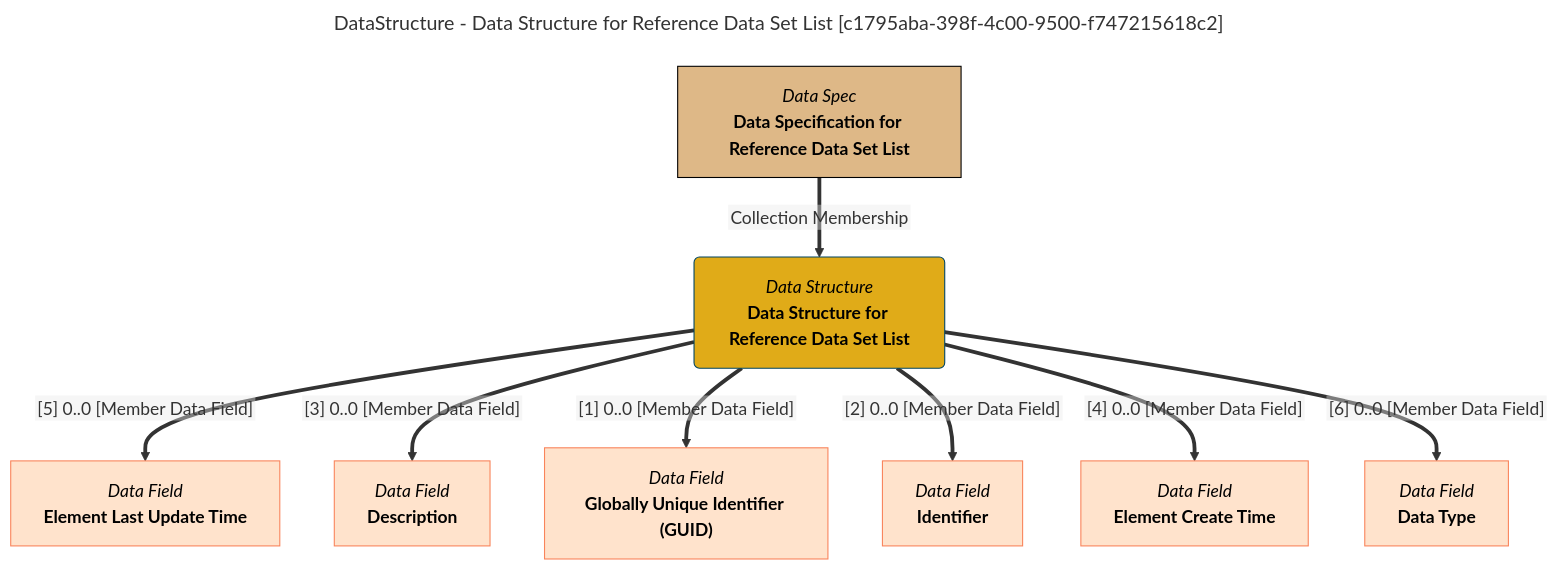
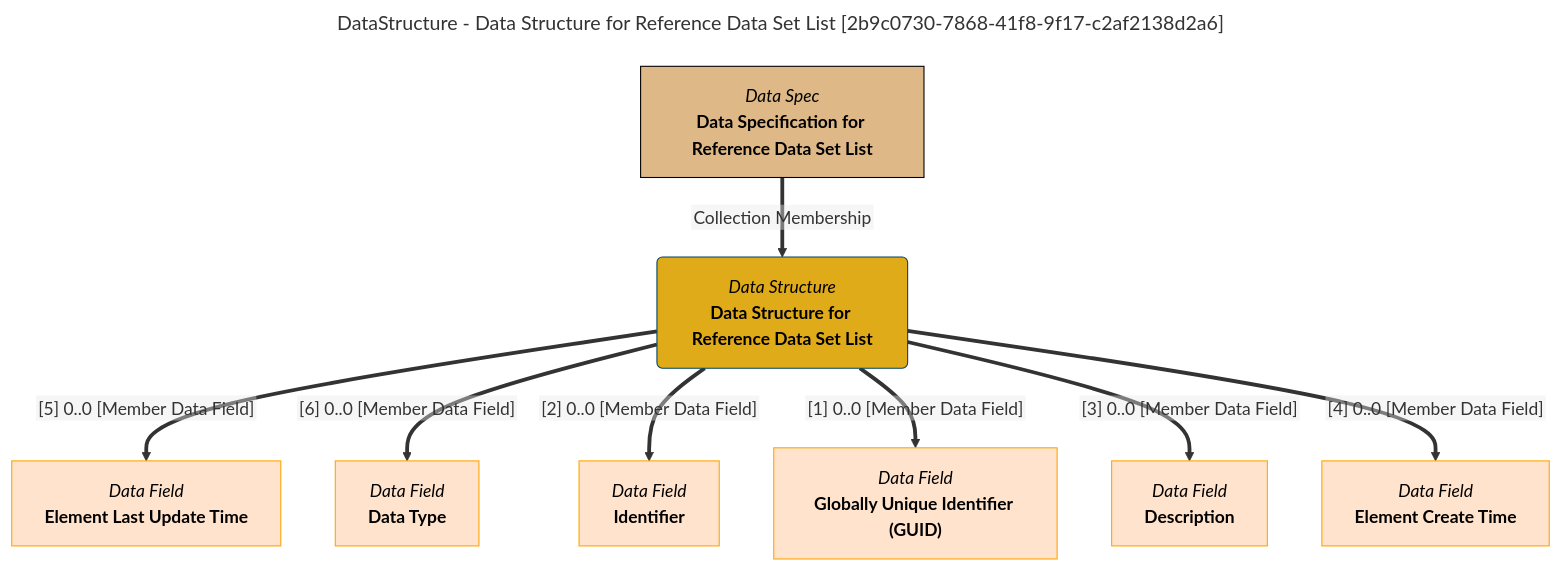
Before and after one commit to odpi/egeria-docs: the diagram in site/snippets/data-structures/data-structure-for-reference-data-set-list-mermaid-graph.md, drawn with Mermaid. The commit also changed 2201 other files, not shown here.

````diff
--- a/site/snippets/data-structures/data-structure-for-reference-data-set-list-mermaid-graph.md
+++ b/site/snippets/data-structures/data-structure-for-reference-data-set-list-mermaid-graph.md
@@ -1,39 +1,39 @@
 ```mermaid
 ---
-title: DataStructure - Data Structure for Reference Data Set List [c1795aba-398f-4c00-9500-f747215618c2]
+title: DataStructure - Data Structure for Reference Data Set List [2b9c0730-7868-41f8-9f17-c2af2138d2a6]
 ---
 flowchart TD
 %%{init: {"flowchart": {"htmlLabels": false}} }%%
 
 1@{ shape: rounded, label: "*Data Structure*
 **Data Structure for Reference Data Set List**"}
 2@{ shape: rect, label: "*Data Spec*
 **Data Specification for Reference Data Set List**"}
 2==>|"Collection Membership"|1
 3@{ shape: rect, label: "*Data Field*
 **Element Last Update Time**"}
 1==>|"[5] 0..0 [Member Data Field]"|3
 4@{ shape: rect, label: "*Data Field*
+**Data Type**"}
+1==>|"[6] 0..0 [Member Data Field]"|4
+5@{ shape: rect, label: "*Data Field*
+**Identifier**"}
+1==>|"[2] 0..0 [Member Data Field]"|5
+6@{ shape: rect, label: "*Data Field*
+**Globally Unique Identifier (GUID)**"}
+1==>|"[1] 0..0 [Member Data Field]"|6
+7@{ shape: rect, label: "*Data Field*
 **Description**"}
-1==>|"[3] 0..0 [Member Data Field]"|4
-5@{ shape: rect, label: "*Data Field*
-**Globally Unique Identifier (GUID)**"}
-1==>|"[1] 0..0 [Member Data Field]"|5
-6@{ shape: rect, label: "*Data Field*
-**Identifier**"}
-1==>|"[2] 0..0 [Member Data Field]"|6
-7@{ shape: rect, label: "*Data Field*
+1==>|"[3] 0..0 [Member Data Field]"|7
+8@{ shape: rect, label: "*Data Field*
 **Element Create Time**"}
-1==>|"[4] 0..0 [Member Data Field]"|7
-8@{ shape: rect, label: "*Data Field*
-**Data Type**"}
-1==>|"[6] 0..0 [Member Data Field]"|8
+1==>|"[4] 0..0 [Member Data Field]"|8
 style 1 color:#000000, fill:#e0ab18, stroke:#004563
-style 2 color:#000000, fill:#deb887, stroke:#000000
-style 3 color:#000000, fill:#ffe3cc, stroke:#f9845b
-style 4 color:#000000, fill:#ffe3cc, stroke:#f9845b
-style 5 color:#000000, fill:#ffe3cc, stroke:#f9845b
-style 6 color:#000000, fill:#ffe3cc, stroke:#f9845b
-style 7 color:#000000, fill:#ffe3cc, stroke:#f9845b
-style 8 color:#000000, fill:#ffe3cc, stroke:#f9845b
+style 2 color:#000000, fill:#DEB887, stroke:#000000
+style 3 color:#000000, fill:#ffe3cc, stroke:#FFA500
+style 4 color:#000000, fill:#ffe3cc, stroke:#FFA500
+style 5 color:#000000, fill:#ffe3cc, stroke:#FFA500
+style 6 color:#000000, fill:#ffe3cc, stroke:#FFA500
+style 7 color:#000000, fill:#ffe3cc, stroke:#FFA500
+style 8 color:#000000, fill:#ffe3cc, stroke:#FFA500
 ```
````
